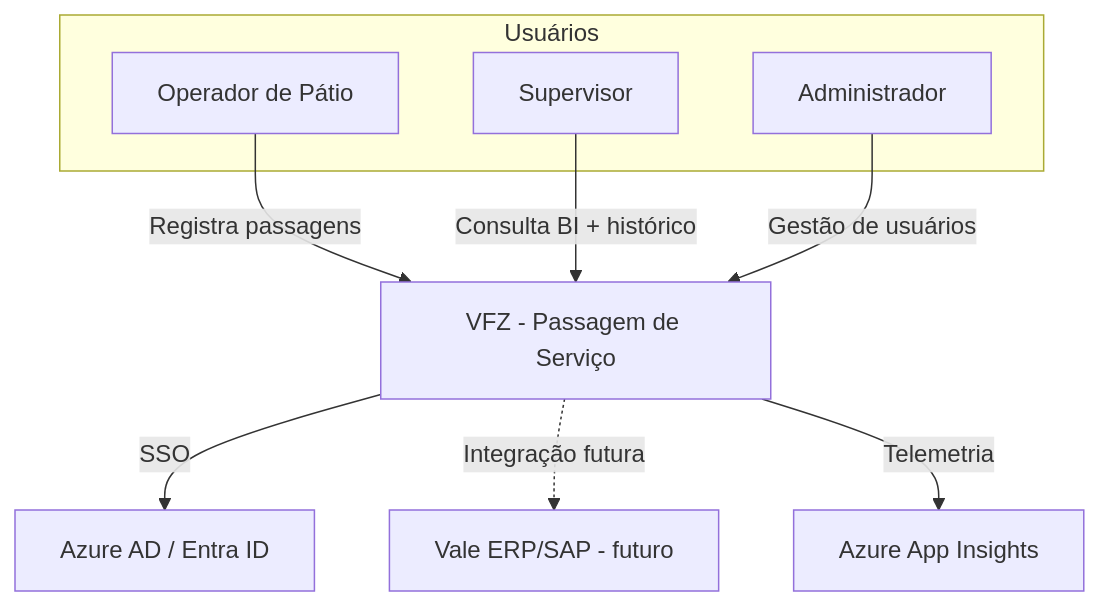
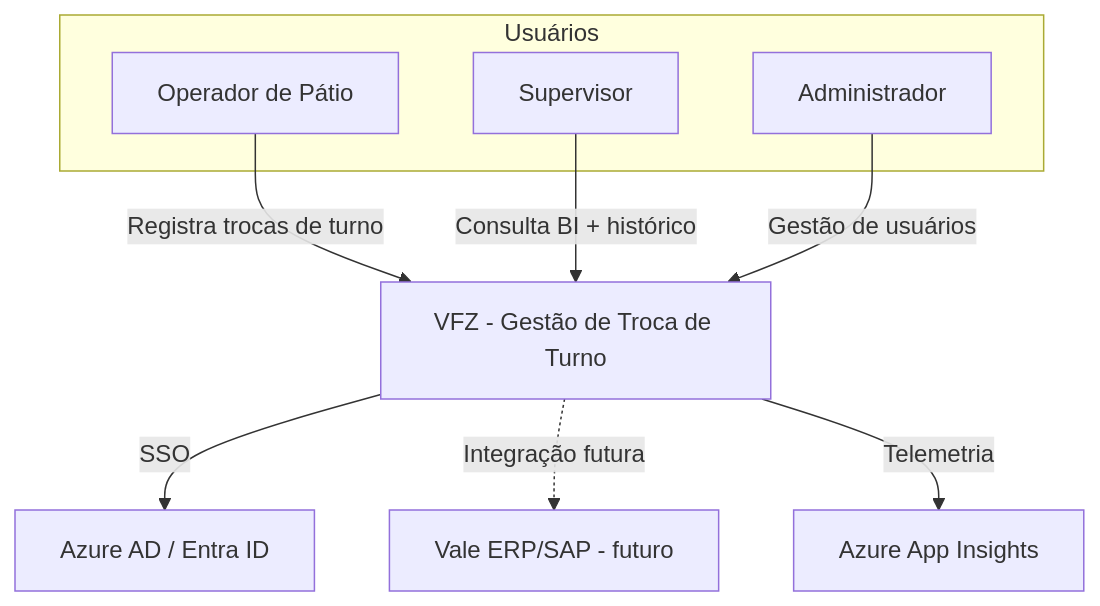
One commit to GregoryGSPinto/efvm360 changed the first of 6 diagrams in docs/ARCHITECTURE.md. Above: the diagram before and after it, drawn with Mermaid. The commit also changed other lines of this file and 65 other files, not shown here.

First line of the commit message:
refactor: renomear Passagem de Serviço → Gestão de Troca de Turno

````diff
--- a/docs/ARCHITECTURE.md
+++ b/docs/ARCHITECTURE.md
@@ -5,19 +5,19 @@
 ```mermaid
 graph TB
   subgraph "Usuários"
     OP[Operador de Pátio]
     SUP[Supervisor]
     ADM[Administrador]
   end
-  VFZ[VFZ - Passagem de Serviço]
+  VFZ[VFZ - Gestão de Troca de Turno]
   AAD[Azure AD / Entra ID]
   ERP[Vale ERP/SAP - futuro]
   AI[Azure App Insights]
 
-  OP -->|Registra passagens| VFZ
+  OP -->|Registra trocas de turno| VFZ
   SUP -->|Consulta BI + histórico| VFZ
   ADM -->|Gestão de usuários| VFZ
   VFZ -->|SSO| AAD
   VFZ -.->|Integração futura| ERP
   VFZ -->|Telemetria| AI
 ```
````
